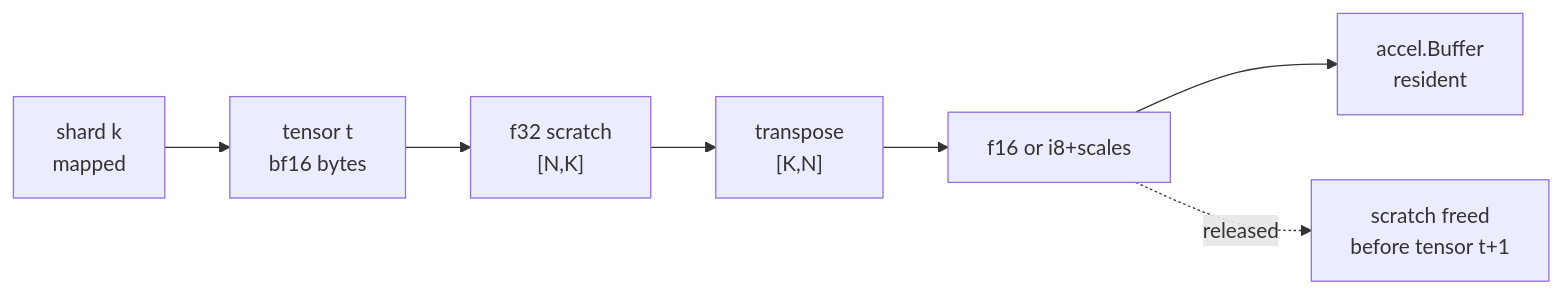
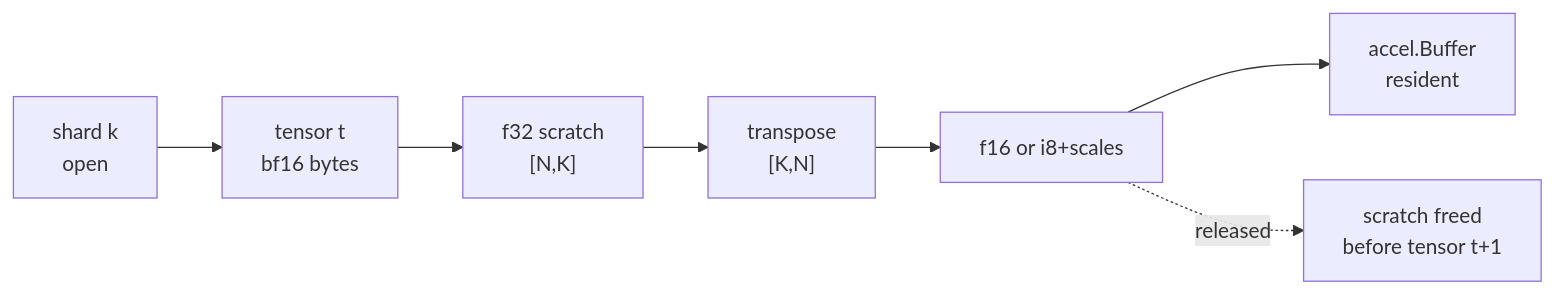
One commit to latere-ai/tgo changed the second of 2 diagrams in specs/001-weights.md. Above: the diagram before and after it, drawn with Mermaid. The commit also changed other lines of this file and 17 other files, not shown here.

````diff
--- a/specs/001-weights.md
+++ b/specs/001-weights.md
@@ -278,9 +300,9 @@
 ```mermaid
 flowchart LR
-  A["shard k<br/>mapped"] --> B["tensor t<br/>bf16 bytes"]
+  A["shard k<br/>open"] --> B["tensor t<br/>bf16 bytes"]
   B --> C["f32 scratch<br/>[N,K]"]
   C --> D["transpose<br/>[K,N]"]
   D --> E["f16 or i8+scales"]
   E --> F["accel.Buffer<br/>resident"]
   E -.released.-> G["scratch freed<br/>before tensor t+1"]
 ```
````
